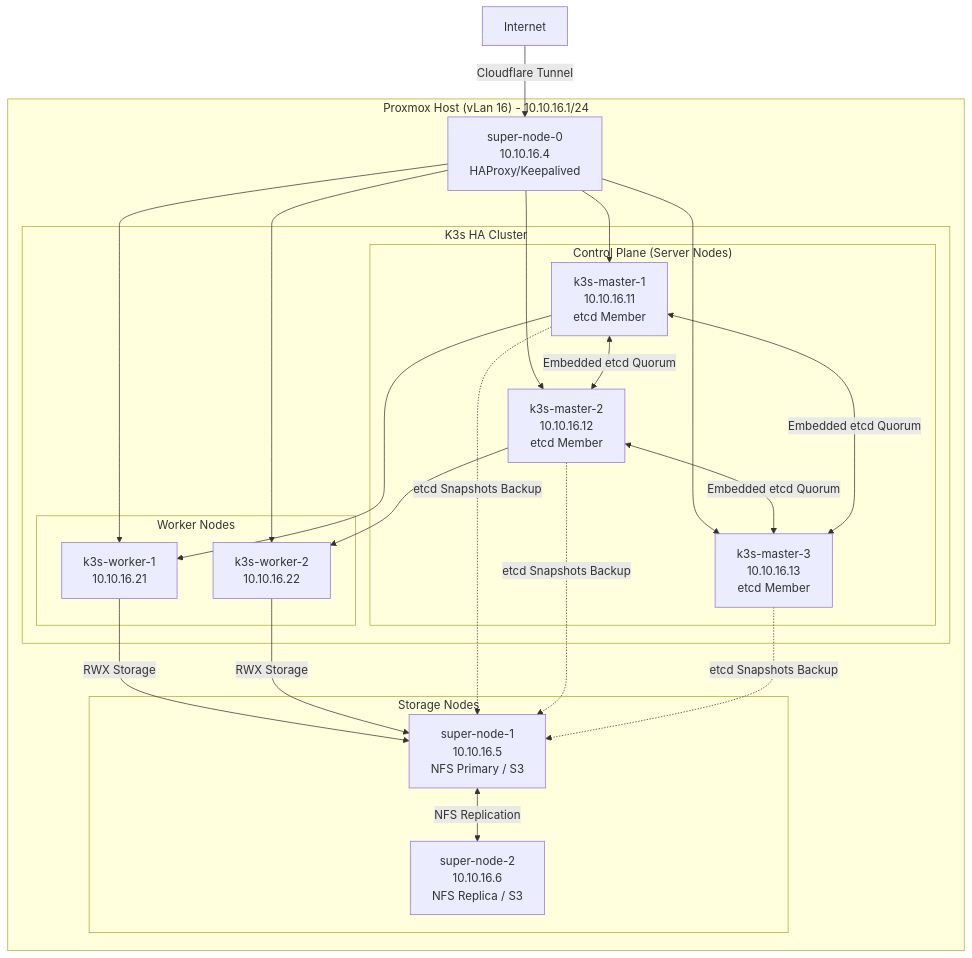
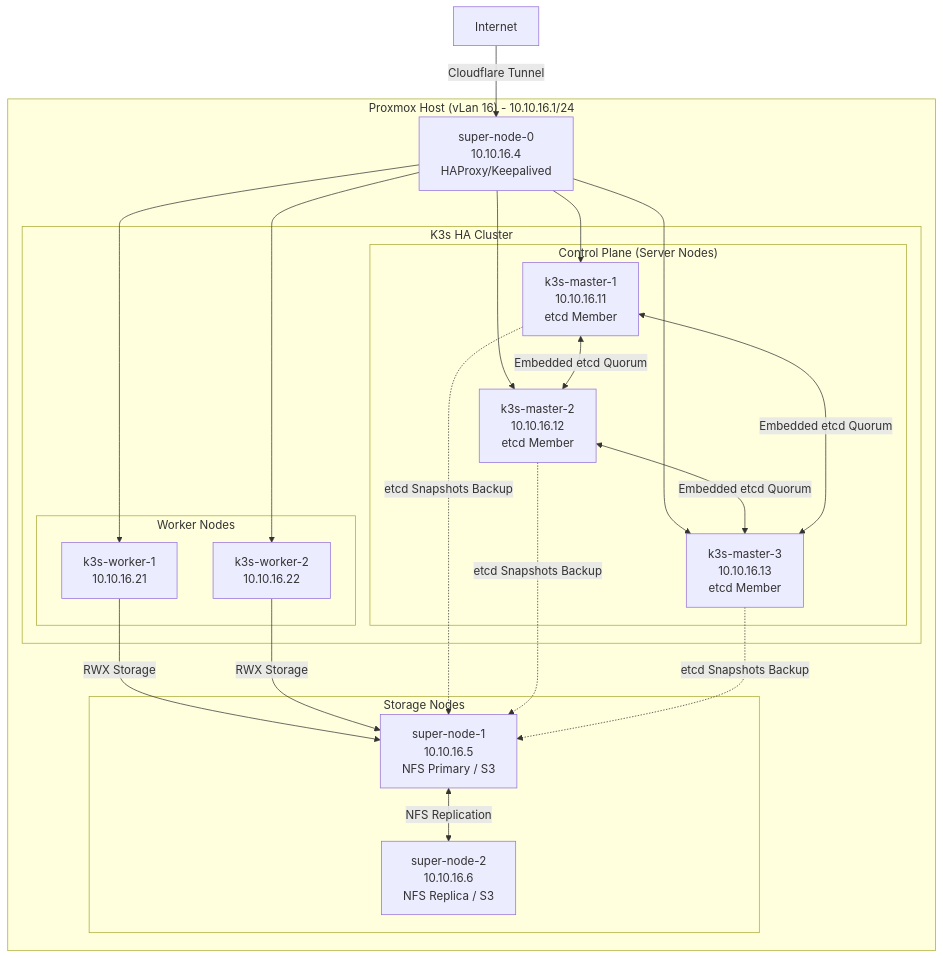
Before and after one commit to traipoap/gitops-platform: the first of 2 diagrams in README.md, drawn with Mermaid. The commit also changed other lines of this file, not shown here.

````diff
--- a/README.md
+++ b/README.md
@@ -183,47 +97,37 @@
 ```mermaid
 flowchart TD
     subgraph Proxmox ["Proxmox Host (vLan 16) - 10.10.16.1/24"]
         SN0[super-node-0<br/>10.10.16.4<br/>HAProxy/Keepalived]
         subgraph Storage ["Storage Nodes"]
             SN1[super-node-1<br/>10.10.16.5<br/>NFS Primary / S3]
             SN2[super-node-2<br/>10.10.16.6<br/>NFS Replica / S3]
-        end    
-        
+        end
+
         subgraph K3s_Cluster ["K3s HA Cluster"]
             subgraph ControlPlane ["Control Plane (Server Nodes)"]
                 M1[k3s-master-1<br/>10.10.16.11<br/>etcd Member]
                 M2[k3s-master-2<br/>10.10.16.12<br/>etcd Member]
                 M3[k3s-master-3<br/>10.10.16.13<br/>etcd Member]
             end
 
             subgraph Workers ["Worker Nodes"]
                 W1[k3s-worker-1<br/>10.10.16.21]
                 W2[k3s-worker-2<br/>10.10.16.22]
             end
         end
     end
 
     Internet[Internet] -->|Cloudflare Tunnel| SN0
     SN1 <-->|NFS Replication| SN2
-    
-    %% Correct LB Flow
     SN0 --> M1
     SN0 --> M2
     SN0 --> M3
-    
-    %% Correct etcd Flow (Embedded)
     M1 <-->|Embedded etcd Quorum| M2
     M2 <-->|Embedded etcd Quorum| M3
     M1 <-->|Embedded etcd Quorum| M3
-    
-    %% Worker Connections
     SN0 --> W1
     SN0 --> W2
-    M1 --> W1
-    M2 --> W2
-    
-    %% Storage Flow (Application Data ONLY)
     W1 -->|RWX Storage| SN1
     W2 -->|RWX Storage| SN1
-    M1 & M2 & M3 -.->|etcd Snapshots Backup| SN1   
+    M1 & M2 & M3 -.->|etcd Snapshots Backup| SN1
 ```
````
